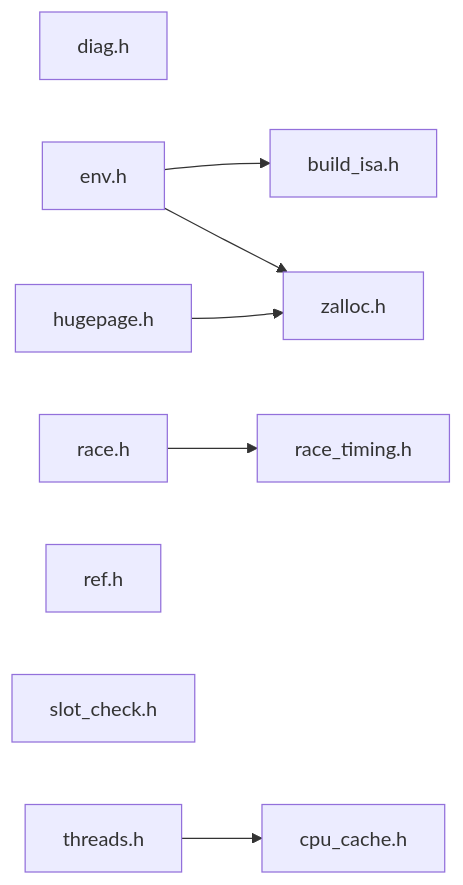
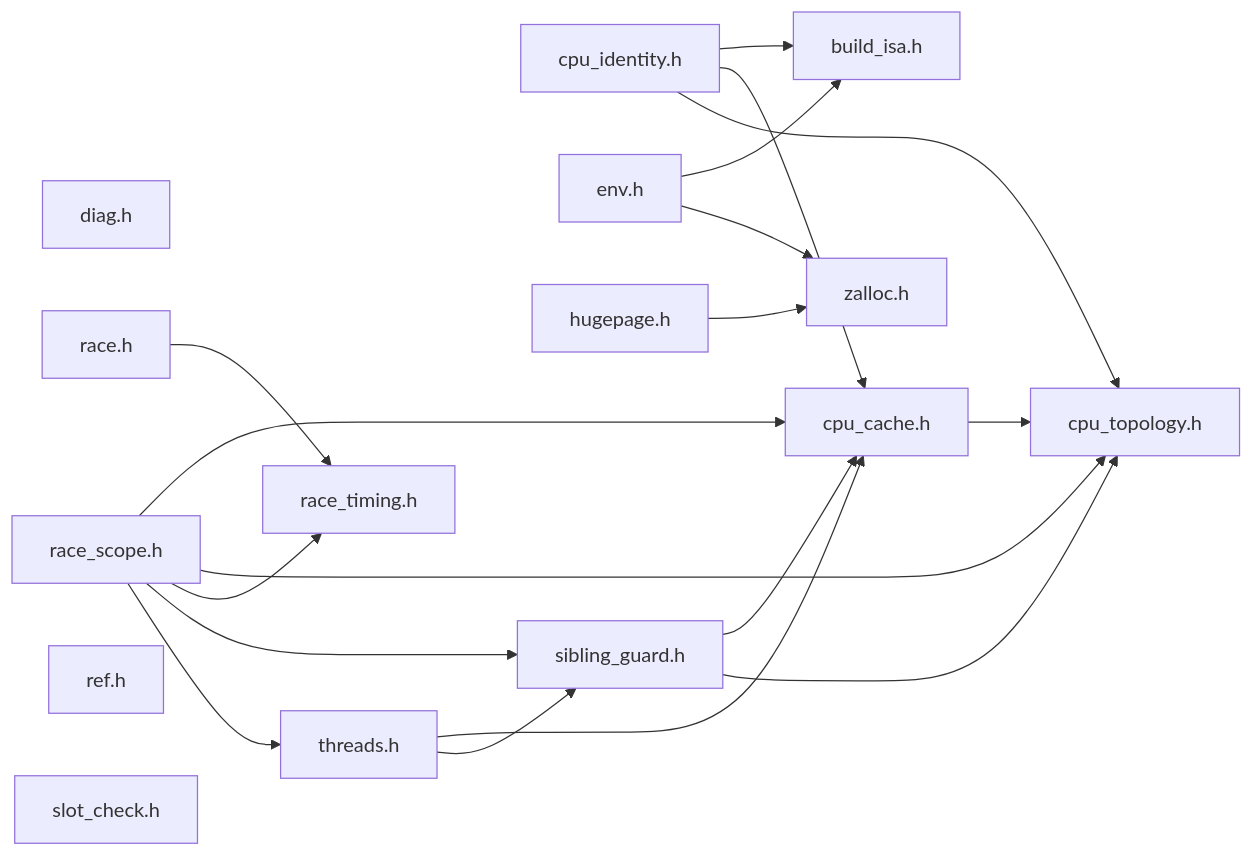
One commit to Tugbars/VectorFFT changed the diagram in docs/architecture/generated/folders/common__support.md. Above: the diagram before and after it, drawn with Mermaid. The commit also changed other lines of this file and 98 other files, not shown here.

Commit message:
regenerated architecture drawings

````diff
--- a/docs/architecture/generated/folders/common__support.md
+++ b/docs/architecture/generated/folders/common__support.md
@@ -20,19 +24,35 @@
 ```mermaid
 flowchart LR
     n_common_support_build_isa_h["build_isa.h"]
     n_common_support_cpu_cache_h["cpu_cache.h"]
+    n_common_support_cpu_identity_h["cpu_identity.h"]
+    n_common_support_cpu_topology_h["cpu_topology.h"]
     n_common_support_diag_h["diag.h"]
     n_common_support_env_h["env.h"]
     n_common_support_hugepage_h["hugepage.h"]
     n_common_support_race_h["race.h"]
+    n_common_support_race_scope_h["race_scope.h"]
     n_common_support_race_timing_h["race_timing.h"]
     n_common_support_ref_h["ref.h"]
+    n_common_support_sibling_guard_h["sibling_guard.h"]
     n_common_support_slot_check_h["slot_check.h"]
     n_common_support_threads_h["threads.h"]
     n_common_support_zalloc_h["zalloc.h"]
+    n_common_support_cpu_cache_h --> n_common_support_cpu_topology_h
+    n_common_support_cpu_identity_h --> n_common_support_build_isa_h
+    n_common_support_cpu_identity_h --> n_common_support_cpu_cache_h
+    n_common_support_cpu_identity_h --> n_common_support_cpu_topology_h
     n_common_support_env_h --> n_common_support_build_isa_h
     n_common_support_env_h --> n_common_support_zalloc_h
     n_common_support_hugepage_h --> n_common_support_zalloc_h
     n_common_support_race_h --> n_common_support_race_timing_h
+    n_common_support_race_scope_h --> n_common_support_cpu_cache_h
+    n_common_support_race_scope_h --> n_common_support_cpu_topology_h
+    n_common_support_race_scope_h --> n_common_support_race_timing_h
+    n_common_support_race_scope_h --> n_common_support_sibling_guard_h
+    n_common_support_race_scope_h --> n_common_support_threads_h
+    n_common_support_sibling_guard_h --> n_common_support_cpu_cache_h
+    n_common_support_sibling_guard_h --> n_common_support_cpu_topology_h
     n_common_support_threads_h --> n_common_support_cpu_cache_h
+    n_common_support_threads_h --> n_common_support_sibling_guard_h
 ```
````
